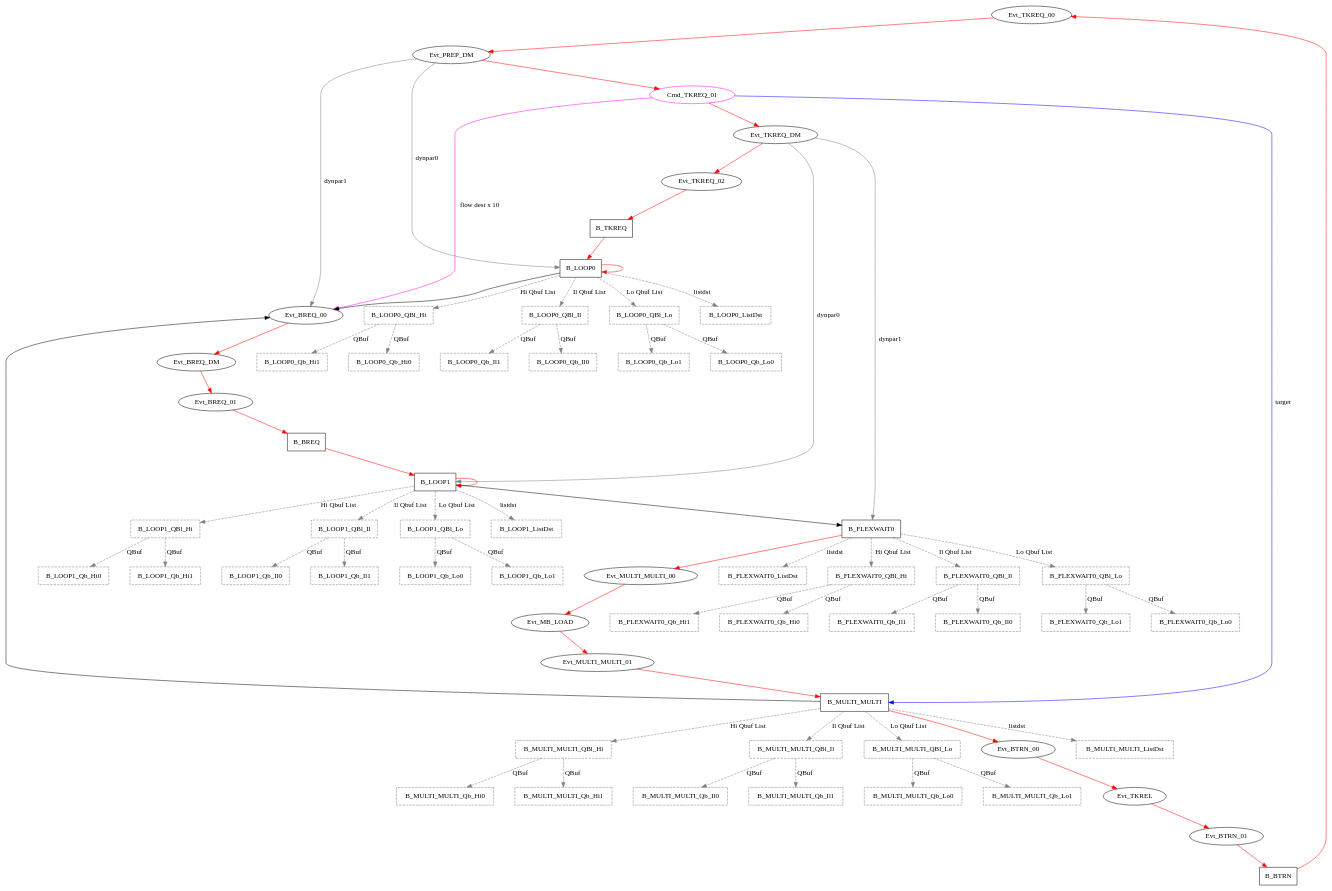
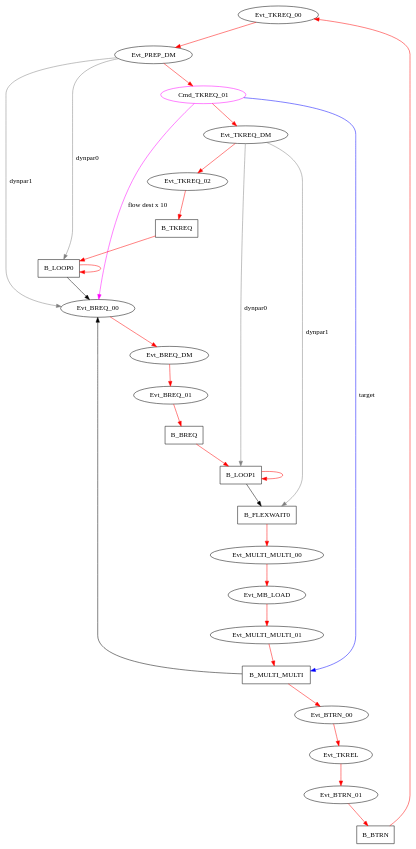
The diagram in modules/ftm/ftmx86/unipz.dot (GSI-CS-CO/bel_projects), drawn with Graphviz before and after one commit.

Commit message:
DM: misc: new unipz schedule for Dietrich

```diff
--- a/modules/ftm/ftmx86/unipz.dot
+++ b/modules/ftm/ftmx86/unipz.dot
@@ -1,137 +1,137 @@
 digraph g {
 name="UniPZv01";
 
 graph [root="Evt_TKREQ_00",  rankdir=TB, nodesep=0.6, mindist=0.6, ranksep=0.6, overlap=false]
-node  [type="TMsg",   shape="rectangle", style="filled", fillcolor="white", color="black"]
+node  [type="TMsg",   shape="rectangle", style="filled", fillcolor="white", color="black", cpu="0"]
 edge  [type="defdst", color="red"]
 
-Evt_TKREQ_00        [type="TMsg",         tOffs=        0,   id="0x0000000000000001", par="0x123", shape="oval"];
-Evt_PREP_DM         [type="TMsg",         tOffs=      100,   id="0x1111000000000000", par="0x0",   shape="oval"];
-Cmd_TKREQ_01        [type="Flow",         tOffs=      300,   tValid=0, qty=9, color="magenta",     shape="oval"];
-Evt_TKREQ_DM        [type="TMsg",         tOffs=      500,   id="0x2222000000000000", par="0x0",   shape="oval"];
-Evt_TKREQ_02        [type="TMsg",         tOffs=     1000,   id="0x0000000000000002", par="0x456", shape="oval"];
-B_TKREQ             [type="Block",      tPeriod=200000000];
-B_LOOP0             [type="Block",      tPeriod=    10000];
-Evt_BREQ_00         [type="TMsg",         tOffs=        0,   id="0x0000000000000003", par="0x456", shape="oval"];
-Evt_BREQ_DM         [type="TMsg",         tOffs=     2000,   id="0x3333000000000000", par="0x456", shape="oval"];
-Evt_BREQ_01         [type="TMsg",         tOffs=     9000,   id="0x0000000000000004", par="0x456", shape="oval"];
-B_BREQ              [type="Block",      tPeriod=  2000000];
-B_LOOP1             [type="Block",      tPeriod=    10000];
-B_FLEXWAIT0         [type="Block",      tPeriod=    71111];
-Evt_MULTI_MULTI_00  [type="TMsg",         tOffs=        0,   id="0x0000000000000005", par="0x456", shape="oval"];
-Evt_MB_LOAD         [type="TMsg",         tOffs=      200,   id="0x0000000000000006", par="0x456", shape="oval"];
-Evt_MULTI_MULTI_01  [type="TMsg",         tOffs=      700,   id="0x0000000000000007", par="0x456", shape="oval"];
-B_MULTI_MULTI       [type="BlockAlign", tPeriod= 10000000];
-Evt_BTRN_00         [type="TMsg",         tOffs=      500,   id="0x0000000000000008", par="0x456", shape="oval"];
-Evt_TKREL           [type="TMsg",         tOffs=    10000,   id="0x4444000000000000", par="0x456", shape="oval"];
-Evt_BTRN_01         [type="TMsg",         tOffs=    10500,   id="0x0000000000000009", par="0x456", shape="oval"];
-B_BTRN              [type="Block",      tPeriod=   200000];
+Evt_TKREQ_00        [type="TMsg",         toffs=        0,   id="0x0000000000000001", par="0x123", shape="oval"];
+Evt_PREP_DM         [type="TMsg",         toffs=      100,   id="0x1111000000000000", par="0x0",   shape="oval"];
+Cmd_TKREQ_01        [type="Flow",         toffs=      300,   tValid=0, qty=9, color="magenta",     shape="oval"];
+Evt_TKREQ_DM        [type="TMsg",         toffs=      500,   id="0x2222000000000000", par="0x0",   shape="oval"];
+Evt_TKREQ_02        [type="TMsg",         toffs=     1000,   id="0x0000000000000002", par="0x456", shape="oval"];
+B_TKREQ             [type="Block",      tperiod=200000000];
+B_LOOP0             [type="Block",      tperiod=    10000, qil="1", qhi="1", qlo="1"];
+Evt_BREQ_00         [type="TMsg",         toffs=        0,   id="0x0000000000000003", par="0x456", shape="oval"];
+Evt_BREQ_DM         [type="TMsg",         toffs=     2000,   id="0x3333000000000000", par="0x456", shape="oval"];
+Evt_BREQ_01         [type="TMsg",         toffs=     9000,   id="0x0000000000000004", par="0x456", shape="oval"];
+B_BREQ              [type="Block",      tperiod=  2000000];
+B_LOOP1             [type="Block",      tperiod=    10000, qil="1", qhi="1", qlo="1"];
+B_FLEXWAIT0         [type="Block",      tperiod=    71111, qil="1", qhi="1", qlo="1"];
+Evt_MULTI_MULTI_00  [type="TMsg",         toffs=        0,   id="0x0000000000000005", par="0x456", shape="oval"];
+Evt_MB_LOAD         [type="TMsg",         toffs=      200,   id="0x0000000000000006", par="0x456", shape="oval"];
+Evt_MULTI_MULTI_01  [type="TMsg",         toffs=      700,   id="0x0000000000000007", par="0x456", shape="oval"];
+B_MULTI_MULTI       [type="BlockAlign", tperiod= 10000000, qil="1", qhi="1", qlo="1"];
+Evt_BTRN_00         [type="TMsg",         toffs=      500,   id="0x0000000000000008", par="0x456", shape="oval"];
+Evt_TKREL           [type="TMsg",         toffs=    10000,   id="0x4444000000000000", par="0x456", shape="oval"];
+Evt_BTRN_01         [type="TMsg",         toffs=    10500,   id="0x0000000000000009", par="0x456", shape="oval"];
+B_BTRN              [type="Block",      tperiod=   200000];
 
 Evt_TKREQ_00  -> Evt_PREP_DM -> Cmd_TKREQ_01 -> Evt_TKREQ_DM -> Evt_TKREQ_02 -> B_TKREQ -> B_LOOP0 -> B_LOOP0;
 Cmd_TKREQ_01  -> B_MULTI_MULTI [type="target", color="blue", label="target"];
 Cmd_TKREQ_01  -> Evt_BREQ_00 [type="flowdst", color="magenta", label="flow dest x 10"];
 
 Evt_PREP_DM   -> B_LOOP0      [type="dynpar0", color="grey", label="dynpar0"];
 Evt_PREP_DM   -> Evt_BREQ_00  [type="dynpar1", color="grey", label="dynpar1"];
 Evt_TKREQ_DM  -> B_LOOP1      [type="dynpar0", color="grey", label="dynpar0"];
 Evt_TKREQ_DM  -> B_FLEXWAIT0  [type="dynpar1", color="grey", label="dynpar1"];
 B_LOOP0       -> Evt_BREQ_00  [type="altdst",  color="black"];
 
 Evt_BREQ_00   -> Evt_BREQ_DM  -> Evt_BREQ_01  -> B_BREQ -> B_LOOP1 -> B_LOOP1;
 B_LOOP1       -> B_FLEXWAIT0 [type="altdst", color="black"];
 B_FLEXWAIT0   -> Evt_MULTI_MULTI_00 -> Evt_MB_LOAD -> Evt_MULTI_MULTI_01 -> B_MULTI_MULTI -> Evt_BTRN_00 -> Evt_TKREL -> Evt_BTRN_01 -> B_BTRN -> Evt_TKREQ_00;
 B_MULTI_MULTI -> Evt_BREQ_00 [type="altdst", color="black"];
 
-
+/*
 B_LOOP0_ListDst [type="ListDst", color="grey", style=dashed, flags=0];
 B_LOOP0_QBl_Hi [type="QInfo", color="grey", style=dashed, flags=0];
 B_LOOP0_QBl_Il [type="QInfo", color="grey", style=dashed, flags=0];
 B_LOOP0_QBl_Lo [type="QInfo", color="grey", style=dashed, flags=0];
 B_LOOP0_Qb_Hi0 [type="QBuf", color="grey", style=dashed, flags=0];
 B_LOOP0_Qb_Il0 [type="QBuf", color="grey", style=dashed, flags=0];
 B_LOOP0_Qb_Lo0 [type="QBuf", color="grey", style=dashed, flags=0];
 B_LOOP0_Qb_Hi1 [type="QBuf", color="grey", style=dashed, flags=0];
 B_LOOP0_Qb_Il1 [type="QBuf", color="grey", style=dashed, flags=0];
 B_LOOP0_Qb_Lo1 [type="QBuf", color="grey", style=dashed, flags=0];
 
 B_LOOP0->B_LOOP0_QBl_Il [type="prioil", color="grey", style=dashed, label="Il Qbuf List"];
 B_LOOP0->B_LOOP0_QBl_Hi [type="priohi", color="grey", style=dashed, label="Hi Qbuf List"];
 B_LOOP0->B_LOOP0_QBl_Lo [type="priolo", color="grey", style=dashed, label="Lo Qbuf List"];
 B_LOOP0_QBl_Il->B_LOOP0_Qb_Il0 [type="meta", color="grey", style=dashed, label="QBuf"];
 B_LOOP0_QBl_Hi->B_LOOP0_Qb_Hi0 [type="meta", color="grey", style=dashed, label="QBuf"];
 B_LOOP0_QBl_Lo->B_LOOP0_Qb_Lo0 [type="meta", color="grey", style=dashed, label="QBuf"];
 B_LOOP0_QBl_Il->B_LOOP0_Qb_Il1 [type="meta", color="grey", style=dashed, label="QBuf"];
 B_LOOP0_QBl_Hi->B_LOOP0_Qb_Hi1 [type="meta", color="grey", style=dashed, label="QBuf"];
 B_LOOP0_QBl_Lo->B_LOOP0_Qb_Lo1 [type="meta", color="grey", style=dashed, label="QBuf"];
 B_LOOP0->B_LOOP0_ListDst [type="listdst", color="grey", style=dashed, label="listdst"];
 
 B_LOOP1_ListDst [type="ListDst", color="grey", style=dashed, flags=0];
 B_LOOP1_QBl_Hi [type="QInfo", color="grey", style=dashed, flags=0];
 B_LOOP1_QBl_Il [type="QInfo", color="grey", style=dashed, flags=0];
 B_LOOP1_QBl_Lo [type="QInfo", color="grey", style=dashed, flags=0];
 B_LOOP1_Qb_Hi0 [type="QBuf", color="grey", style=dashed, flags=0];
 B_LOOP1_Qb_Il0 [type="QBuf", color="grey", style=dashed, flags=0];
 B_LOOP1_Qb_Lo0 [type="QBuf", color="grey", style=dashed, flags=0];
 B_LOOP1_Qb_Hi1 [type="QBuf", color="grey", style=dashed, flags=0];
 B_LOOP1_Qb_Il1 [type="QBuf", color="grey", style=dashed, flags=0];
 B_LOOP1_Qb_Lo1 [type="QBuf", color="grey", style=dashed, flags=0];
 
 B_LOOP1->B_LOOP1_QBl_Il [type="prioil", color="grey", style=dashed, label="Il Qbuf List"];
 B_LOOP1->B_LOOP1_QBl_Hi [type="priohi", color="grey", style=dashed, label="Hi Qbuf List"];
 B_LOOP1->B_LOOP1_QBl_Lo [type="priolo", color="grey", style=dashed, label="Lo Qbuf List"];
 B_LOOP1_QBl_Il->B_LOOP1_Qb_Il0 [type="meta", color="grey", style=dashed, label="QBuf"];
 B_LOOP1_QBl_Hi->B_LOOP1_Qb_Hi0 [type="meta", color="grey", style=dashed, label="QBuf"];
 B_LOOP1_QBl_Lo->B_LOOP1_Qb_Lo0 [type="meta", color="grey", style=dashed, label="QBuf"];
 B_LOOP1_QBl_Il->B_LOOP1_Qb_Il1 [type="meta", color="grey", style=dashed, label="QBuf"];
 B_LOOP1_QBl_Hi->B_LOOP1_Qb_Hi1 [type="meta", color="grey", style=dashed, label="QBuf"];
 B_LOOP1_QBl_Lo->B_LOOP1_Qb_Lo1 [type="meta", color="grey", style=dashed, label="QBuf"];
 B_LOOP1->B_LOOP1_ListDst [type="listdst", color="grey", style=dashed, label="listdst"];
 
 B_FLEXWAIT0_ListDst [type="ListDst", color="grey", style=dashed, flags=0];
 B_FLEXWAIT0_QBl_Hi [type="QInfo", color="grey", style=dashed, flags=0];
 B_FLEXWAIT0_QBl_Il [type="QInfo", color="grey", style=dashed, flags=0];
 B_FLEXWAIT0_QBl_Lo [type="QInfo", color="grey", style=dashed, flags=0];
 B_FLEXWAIT0_Qb_Hi0 [type="QBuf", color="grey", style=dashed, flags=0];
 B_FLEXWAIT0_Qb_Il0 [type="QBuf", color="grey", style=dashed, flags=0];
 B_FLEXWAIT0_Qb_Lo0 [type="QBuf", color="grey", style=dashed, flags=0];
 B_FLEXWAIT0_Qb_Hi1 [type="QBuf", color="grey", style=dashed, flags=0];
 B_FLEXWAIT0_Qb_Il1 [type="QBuf", color="grey", style=dashed, flags=0];
 B_FLEXWAIT0_Qb_Lo1 [type="QBuf", color="grey", style=dashed, flags=0];
 
 B_FLEXWAIT0->B_FLEXWAIT0_QBl_Il [type="prioil", color="grey", style=dashed, label="Il Qbuf List"];
 B_FLEXWAIT0->B_FLEXWAIT0_QBl_Hi [type="priohi", color="grey", style=dashed, label="Hi Qbuf List"];
 B_FLEXWAIT0->B_FLEXWAIT0_QBl_Lo [type="priolo", color="grey", style=dashed, label="Lo Qbuf List"];
 B_FLEXWAIT0_QBl_Il->B_FLEXWAIT0_Qb_Il0 [type="meta", color="grey", style=dashed, label="QBuf"];
 B_FLEXWAIT0_QBl_Hi->B_FLEXWAIT0_Qb_Hi0 [type="meta", color="grey", style=dashed, label="QBuf"];
 B_FLEXWAIT0_QBl_Lo->B_FLEXWAIT0_Qb_Lo0 [type="meta", color="grey", style=dashed, label="QBuf"];
 B_FLEXWAIT0_QBl_Il->B_FLEXWAIT0_Qb_Il1 [type="meta", color="grey", style=dashed, label="QBuf"];
 B_FLEXWAIT0_QBl_Hi->B_FLEXWAIT0_Qb_Hi1 [type="meta", color="grey", style=dashed, label="QBuf"];
 B_FLEXWAIT0_QBl_Lo->B_FLEXWAIT0_Qb_Lo1 [type="meta", color="grey", style=dashed, label="QBuf"];
 B_FLEXWAIT0->B_FLEXWAIT0_ListDst [type="listdst", color="grey", style=dashed, label="listdst"];
 
 
 B_MULTI_MULTI_ListDst [type="ListDst", color="grey", style=dashed, flags=0];
 B_MULTI_MULTI_QBl_Hi [type="QInfo", color="grey", style=dashed, flags=0];
 B_MULTI_MULTI_QBl_Il [type="QInfo", color="grey", style=dashed, flags=0];
 B_MULTI_MULTI_QBl_Lo [type="QInfo", color="grey", style=dashed, flags=0];
 B_MULTI_MULTI_Qb_Hi0 [type="QBuf", color="grey", style=dashed, flags=0];
 B_MULTI_MULTI_Qb_Il0 [type="QBuf", color="grey", style=dashed, flags=0];
 B_MULTI_MULTI_Qb_Lo0 [type="QBuf", color="grey", style=dashed, flags=0];
 B_MULTI_MULTI_Qb_Hi1 [type="QBuf", color="grey", style=dashed, flags=0];
 B_MULTI_MULTI_Qb_Il1 [type="QBuf", color="grey", style=dashed, flags=0];
 B_MULTI_MULTI_Qb_Lo1 [type="QBuf", color="grey", style=dashed, flags=0];
 
 B_MULTI_MULTI->B_MULTI_MULTI_QBl_Il [type="prioil", color="grey", style=dashed, label="Il Qbuf List"];
 B_MULTI_MULTI->B_MULTI_MULTI_QBl_Hi [type="priohi", color="grey", style=dashed, label="Hi Qbuf List"];
 B_MULTI_MULTI->B_MULTI_MULTI_QBl_Lo [type="priolo", color="grey", style=dashed, label="Lo Qbuf List"];
 B_MULTI_MULTI_QBl_Il->B_MULTI_MULTI_Qb_Il0 [type="meta", color="grey", style=dashed, label="QBuf"];
 B_MULTI_MULTI_QBl_Hi->B_MULTI_MULTI_Qb_Hi0 [type="meta", color="grey", style=dashed, label="QBuf"];
 B_MULTI_MULTI_QBl_Lo->B_MULTI_MULTI_Qb_Lo0 [type="meta", color="grey", style=dashed, label="QBuf"];
 B_MULTI_MULTI_QBl_Il->B_MULTI_MULTI_Qb_Il1 [type="meta", color="grey", style=dashed, label="QBuf"];
 B_MULTI_MULTI_QBl_Hi->B_MULTI_MULTI_Qb_Hi1 [type="meta", color="grey", style=dashed, label="QBuf"];
 B_MULTI_MULTI_QBl_Lo->B_MULTI_MULTI_Qb_Lo1 [type="meta", color="grey", style=dashed, label="QBuf"];
 B_MULTI_MULTI->B_MULTI_MULTI_ListDst [type="listdst", color="grey", style=dashed, label="listdst"];
-
+*/
 
 
 }
```
